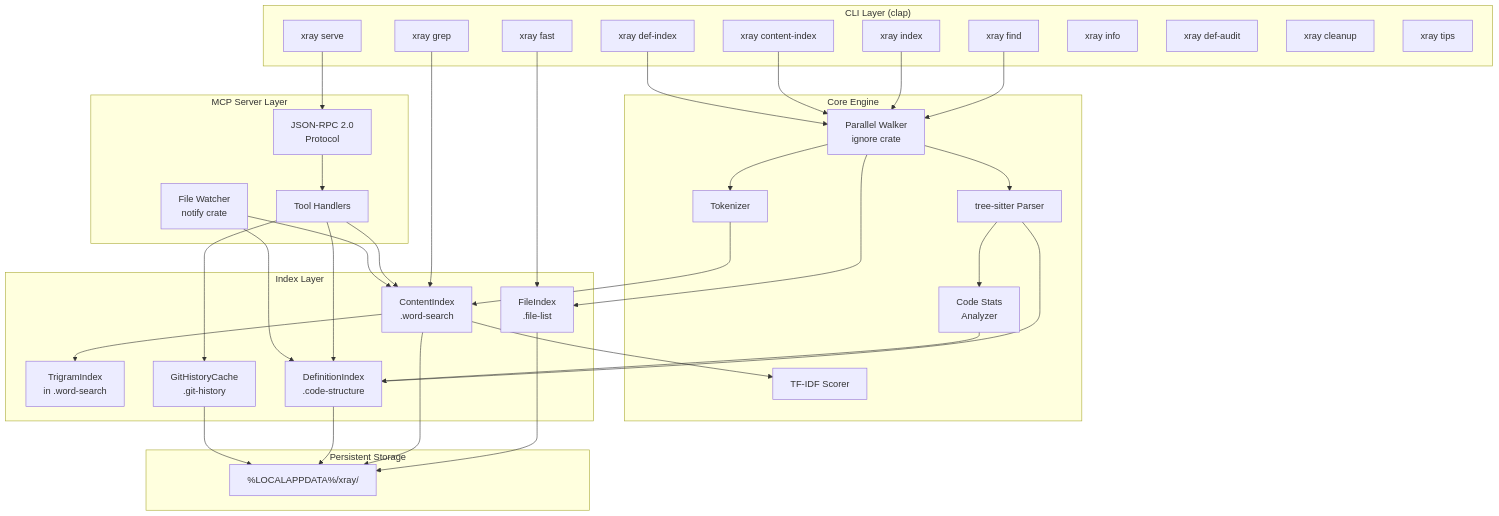
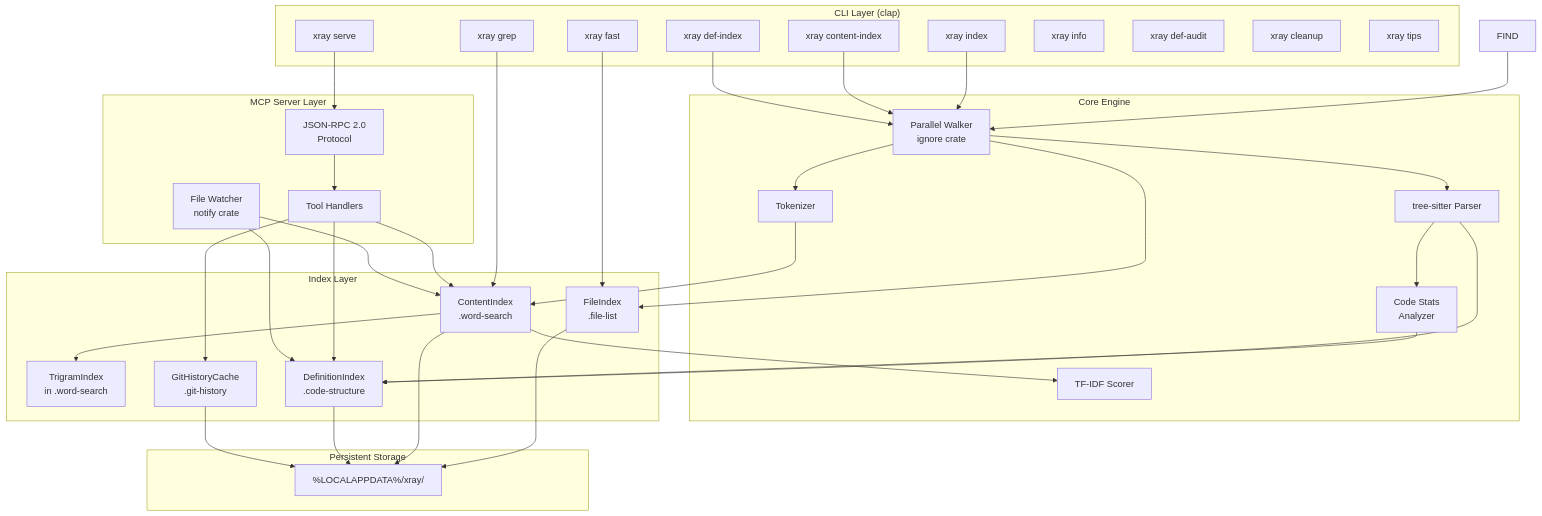
One commit to pustynsky/xray changed the first of 9 diagrams in docs/architecture.md. Above: the diagram before and after it, drawn with Mermaid. The commit also changed other lines of this file and 15 other files, not shown here.

````diff
--- a/docs/architecture.md
+++ b/docs/architecture.md
@@ -7,60 +7,59 @@
 ```mermaid
 graph TB
     subgraph CLI["CLI Layer (clap)"]
-        FIND[xray find]
         INDEX[xray index]
         FAST[xray fast]
         CIDX[xray content-index]
         GREP[xray grep]
         DIDX[xray def-index]
         SERVE[xray serve]
         INFO[xray info]
         DAUD[xray def-audit]
         CLEAN[xray cleanup]
         TIPS[xray tips]
     end
 
     subgraph Core["Core Engine"]
         WALK[Parallel Walker<br/>ignore crate]
         TOK[Tokenizer]
         TFIDF[TF-IDF Scorer]
         TSP[tree-sitter Parser]
         CSTATS[Code Stats<br/>Analyzer]
     end
 
     subgraph Indexes["Index Layer"]
         FI[FileIndex<br/>.file-list]
         CI[ContentIndex<br/>.word-search]
         TRI[TrigramIndex<br/>in .word-search]
         DI[DefinitionIndex<br/>.code-structure]
         GC[GitHistoryCache<br/>.git-history]
     end
 
     subgraph MCP["MCP Server Layer"]
         PROTO[JSON-RPC 2.0<br/>Protocol]
         HAND[Tool Handlers]
         WATCH[File Watcher<br/>notify crate]
     end
 
     subgraph Storage["Persistent Storage"]
         DISK["%LOCALAPPDATA%/xray/"]
     end
 
     FIND --> WALK
     INDEX --> WALK --> FI
     CIDX --> WALK --> TOK --> CI --> TRI
     DIDX --> WALK --> TSP --> DI
     TSP --> CSTATS --> DI
     FAST --> FI
     GREP --> CI --> TFIDF
     SERVE --> PROTO --> HAND
     HAND --> CI
     HAND --> DI
     HAND --> GC
     WATCH --> CI
     WATCH --> DI
     FI --> DISK
     CI --> DISK
     DI --> DISK
     GC --> DISK
 ```
````
